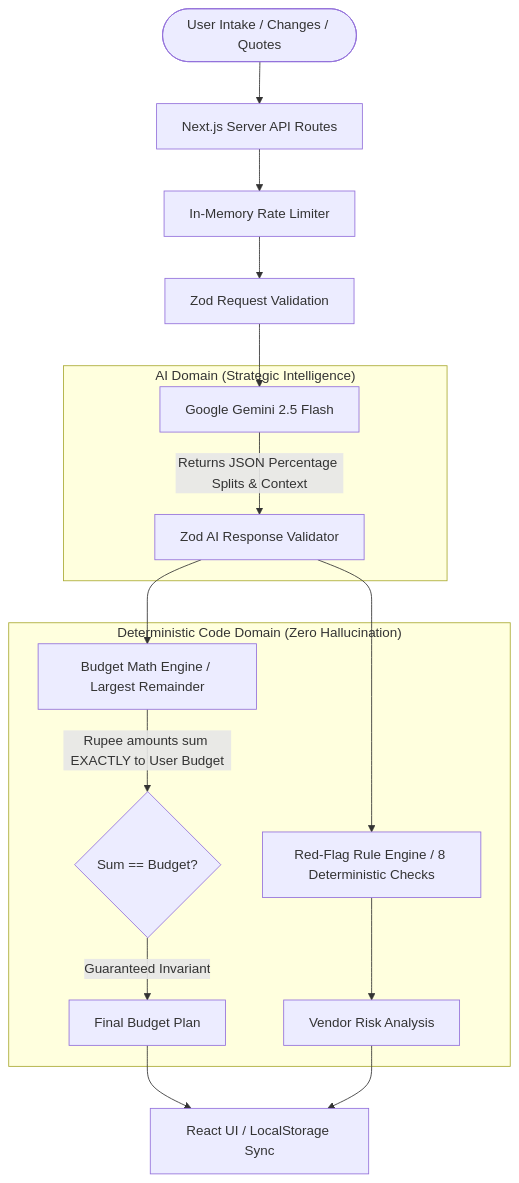
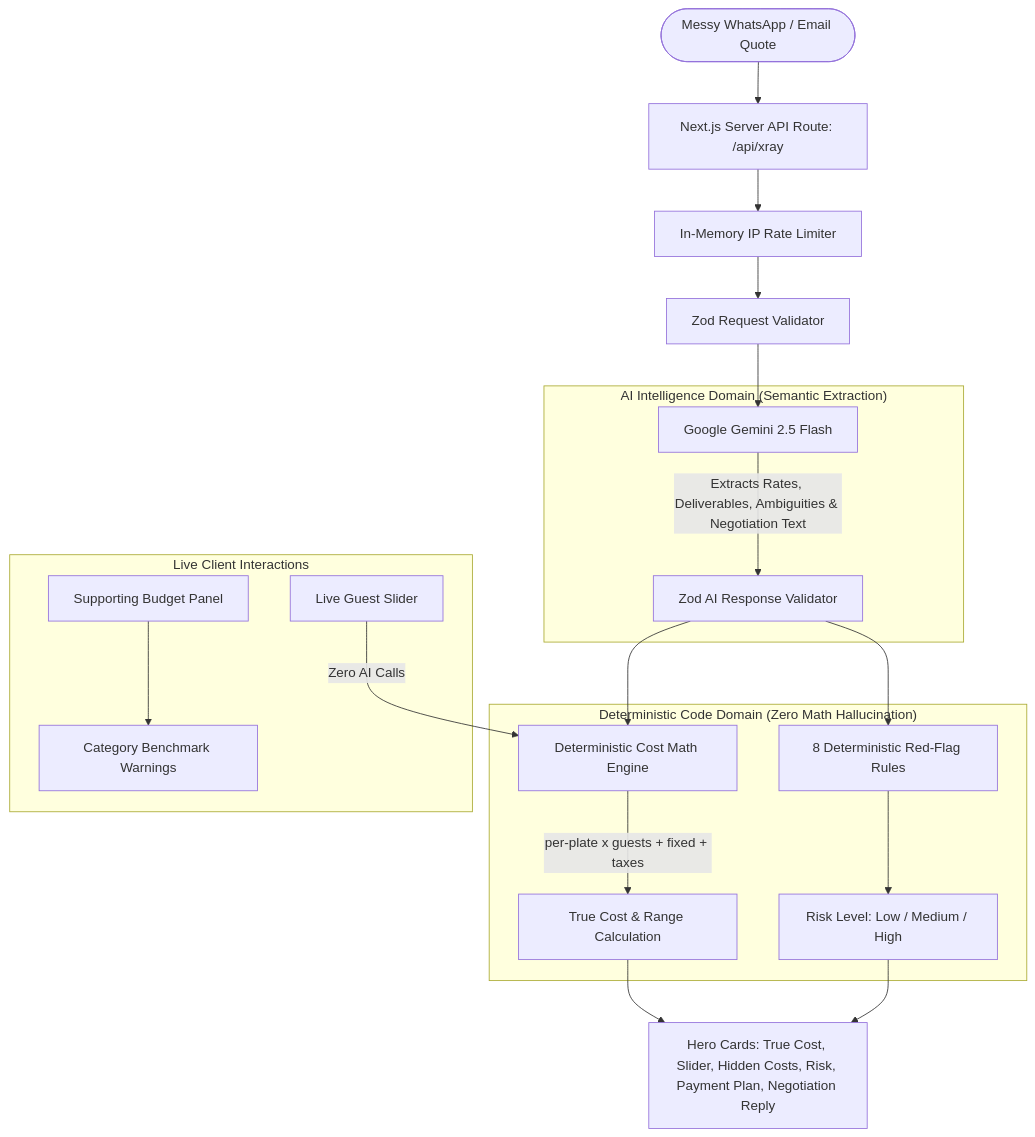
One commit to lazykaizer/event_planner changed the diagram in README.md. Above: the diagram before and after it, drawn with Mermaid. The commit also changed other lines of this file and 23 other files, not shown here.

Commit message:
feat: complete Quote X-Ray hero features, live slider, comparison, and red flags

````diff
--- a/README.md
+++ b/README.md
@@ -27,23 +24,27 @@
 ```mermaid
 flowchart TD
-    User([User Intake / Changes / Quotes]) --> API[Next.js Server API Routes]
-    API --> RateLimit[In-Memory Rate Limiter]
-    RateLimit --> ZodIn[Zod Request Validation]
+    User([Messy WhatsApp / Email Quote]) --> API[Next.js Server API Route: /api/xray]
+    API --> RateLimit[In-Memory IP Rate Limiter]
+    RateLimit --> ZodIn[Zod Request Validator]
     ZodIn --> Gemini[Google Gemini 2.5 Flash]
     
-    subgraph "AI Domain (Strategic Intelligence)"
-        Gemini -->|Returns JSON Percentage Splits & Context| ZodAI[Zod AI Response Validator]
+    subgraph "AI Intelligence Domain (Semantic Extraction)"
+        Gemini -->|Extracts Rates, Deliverables, Ambiguities & Negotiation Text| ZodAI[Zod AI Response Validator]
     end
     
-    subgraph "Deterministic Code Domain (Zero Hallucination)"
-        ZodAI --> MathEngine[Budget Math Engine / Largest Remainder]
-        MathEngine -->|Rupee amounts sum EXACTLY to User Budget| BalanceCheck{Sum == Budget?}
-        BalanceCheck -->|Guaranteed Invariant| Plan[Final Budget Plan]
+    subgraph "Deterministic Code Domain (Zero Math Hallucination)"
+        ZodAI --> CostMath[Deterministic Cost Math Engine]
+        CostMath -->|per-plate x guests + fixed + taxes| TrueCost[True Cost & Range Calculation]
         
-        ZodAI --> RuleEngine[Red-Flag Rule Engine / 8 Deterministic Checks]
-        RuleEngine --> Analysis[Vendor Risk Analysis]
+        ZodAI --> RuleEngine[8 Deterministic Red-Flag Rules]
+        RuleEngine --> OverallRisk[Risk Level: Low / Medium / High]
     end
     
-    Plan --> UI[React UI / LocalStorage Sync]
-    Analysis --> UI
+    TrueCost --> UI[Hero Cards: True Cost, Slider, Hidden Costs, Risk, Payment Plan, Negotiation Reply]
+    OverallRisk --> UI
+    
+    subgraph "Live Client Interactions"
+        Slider[Live Guest Slider] -->|Zero AI Calls| CostMath
+        BudgetPanel[Supporting Budget Panel] --> SensibilityCheck[Category Benchmark Warnings]
+    end
 ```
````
